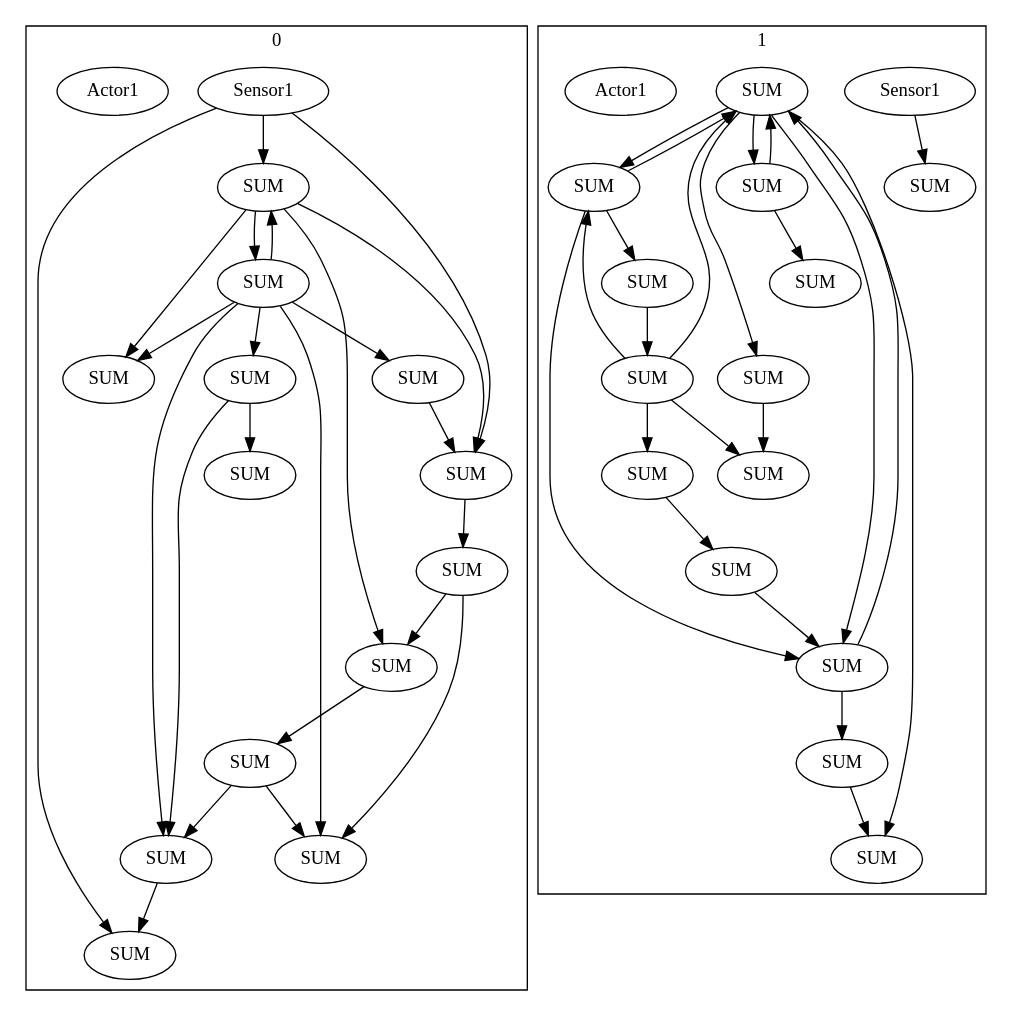
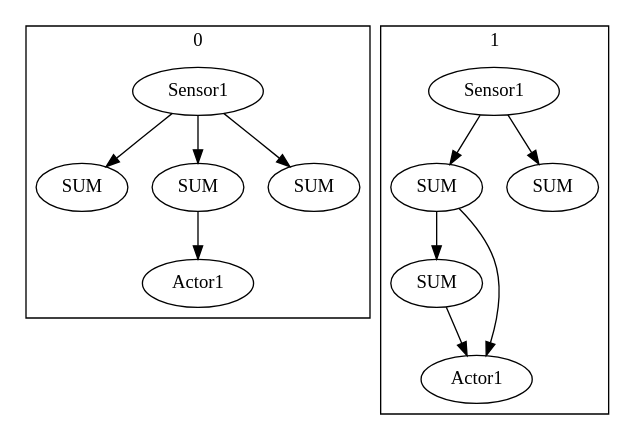
Before and after one commit to den1den/2imv10-virtual-creatures: the diagram in 2IMV10_VirtualCreatures/stats/1.gv, drawn with Graphviz. The commit also changed 7 other files, not shown here.

```diff
--- a/2IMV10_VirtualCreatures/stats/1.gv
+++ b/2IMV10_VirtualCreatures/stats/1.gv
@@ -1,87 +1,30 @@
 digraph {
     subgraph cluster_0 {
         label="Brain";
     }
     subgraph cluster_1 {
         label="0";
-        x0x127935SENSORSUM [label="Sensor1"];
-        x0x127936NEURONSUM [label="SUM"];
-        x0x127937NEURONSUM [label="SUM"];
-        x0x127938NEURONSUM [label="SUM"];
-        x0x127939NEURONSUM [label="SUM"];
-        x0x127940NEURONSUM [label="SUM"];
-        x0x127941NEURONSUM [label="SUM"];
-        x0x127942NEURONSUM [label="SUM"];
-        x0x127943NEURONSUM [label="SUM"];
-        x0x127944NEURONSUM [label="SUM"];
-        x0x127945NEURONSUM [label="SUM"];
-        x0x127946NEURONSUM [label="SUM"];
-        x0x127947NEURONSUM [label="SUM"];
-        x0x127948NEURONSUM [label="SUM"];
-        x0x127949ACTORSUM [label="Actor1"];
+        x0x11758SENSORSUM [label="Sensor1"];
+        x0x11759NEURONSUM [label="SUM"];
+        x0x11760NEURONSUM [label="SUM"];
+        x0x11761NEURONSUM [label="SUM"];
+        x0x11762ACTORSUM [label="Actor1"];
     }
     subgraph cluster_2 {
         label="1";
-        x1x127950SENSORSUM [label="Sensor1"];
-        x1x127951NEURONSUM [label="SUM"];
-        x1x127952NEURONSUM [label="SUM"];
-        x1x127953NEURONSUM [label="SUM"];
-        x1x127954NEURONSUM [label="SUM"];
-        x1x127955NEURONSUM [label="SUM"];
-        x1x127956NEURONSUM [label="SUM"];
-        x1x127957NEURONSUM [label="SUM"];
-        x1x127958NEURONSUM [label="SUM"];
-        x1x127959NEURONSUM [label="SUM"];
-        x1x127960NEURONSUM [label="SUM"];
-        x1x127961NEURONSUM [label="SUM"];
-        x1x127962NEURONSUM [label="SUM"];
-        x1x127963NEURONSUM [label="SUM"];
-        x1x127964NEURONSUM [label="SUM"];
-        x1x127965ACTORSUM [label="Actor1"];
+        x1x11763SENSORSUM [label="Sensor1"];
+        x1x11764NEURONSUM [label="SUM"];
+        x1x11765NEURONSUM [label="SUM"];
+        x1x11766NEURONSUM [label="SUM"];
+        x1x11767ACTORSUM [label="Actor1"];
     }
-    x0x127935SENSORSUM -> x0x127936NEURONSUM
-    x0x127935SENSORSUM -> x0x127938NEURONSUM
-    x0x127939NEURONSUM -> x0x127936NEURONSUM
-    x0x127939NEURONSUM -> x0x127943NEURONSUM
-    x0x127945NEURONSUM -> x0x127940NEURONSUM
-    x0x127943NEURONSUM -> x0x127939NEURONSUM
-    x0x127940NEURONSUM -> x0x127938NEURONSUM
-    x0x127941NEURONSUM -> x0x127940NEURONSUM
-    x0x127944NEURONSUM -> x0x127941NEURONSUM
-    x0x127941NEURONSUM -> x0x127947NEURONSUM
-    x0x127943NEURONSUM -> x0x127940NEURONSUM
-    x0x127943NEURONSUM -> x0x127947NEURONSUM
-    x0x127942NEURONSUM -> x0x127944NEURONSUM
-    x0x127937NEURONSUM -> x0x127936NEURONSUM
-    x0x127939NEURONSUM -> x0x127944NEURONSUM
-    x0x127935SENSORSUM -> x0x127939NEURONSUM
-    x0x127936NEURONSUM -> x0x127942NEURONSUM
-    x0x127943NEURONSUM -> x0x127946NEURONSUM
-    x0x127942NEURONSUM -> x0x127947NEURONSUM
-    x0x127939NEURONSUM -> x0x127946NEURONSUM
-    x0x127943NEURONSUM -> x0x127937NEURONSUM
-    x0x127943NEURONSUM -> x0x127945NEURONSUM
-    x0x127945NEURONSUM -> x0x127948NEURONSUM
-    x1x127951NEURONSUM -> x1x127954NEURONSUM
-    x1x127953NEURONSUM -> x1x127958NEURONSUM
-    x1x127953NEURONSUM -> x1x127955NEURONSUM
-    x1x127951NEURONSUM -> x1x127955NEURONSUM
-    x1x127954NEURONSUM -> x1x127951NEURONSUM
-    x1x127951NEURONSUM -> x1x127961NEURONSUM
-    x1x127960NEURONSUM -> x1x127953NEURONSUM
-    x1x127953NEURONSUM -> x1x127951NEURONSUM
-    x1x127951NEURONSUM -> x1x127957NEURONSUM
-    x1x127954NEURONSUM -> x1x127952NEURONSUM
-    x1x127961NEURONSUM -> x1x127958NEURONSUM
-    x1x127955NEURONSUM -> x1x127954NEURONSUM
-    x1x127952NEURONSUM -> x1x127959NEURONSUM
-    x1x127953NEURONSUM -> x1x127956NEURONSUM
-    x1x127955NEURONSUM -> x1x127960NEURONSUM
-    x1x127957NEURONSUM -> x1x127951NEURONSUM
-    x1x127955NEURONSUM -> x1x127951NEURONSUM
-    x1x127962NEURONSUM -> x1x127954NEURONSUM
-    x1x127956NEURONSUM -> x1x127962NEURONSUM
-    x1x127950SENSORSUM -> x1x127963NEURONSUM
-    x1x127951NEURONSUM -> x1x127959NEURONSUM
-    x1x127957NEURONSUM -> x1x127964NEURONSUM
+    x0x11758SENSORSUM -> x0x11759NEURONSUM
+    x0x11760NEURONSUM -> x0x11762ACTORSUM
+    x0x11758SENSORSUM -> x0x11760NEURONSUM
+    x0x11758SENSORSUM -> x0x11761NEURONSUM
+    x1x11763SENSORSUM -> x1x11766NEURONSUM
+    x1x11764NEURONSUM -> x1x11765NEURONSUM
+    x1x11763SENSORSUM -> x1x11764NEURONSUM
+    x1x11765NEURONSUM -> x1x11767ACTORSUM
+    x1x11764NEURONSUM -> x1x11767ACTORSUM
 }
```
